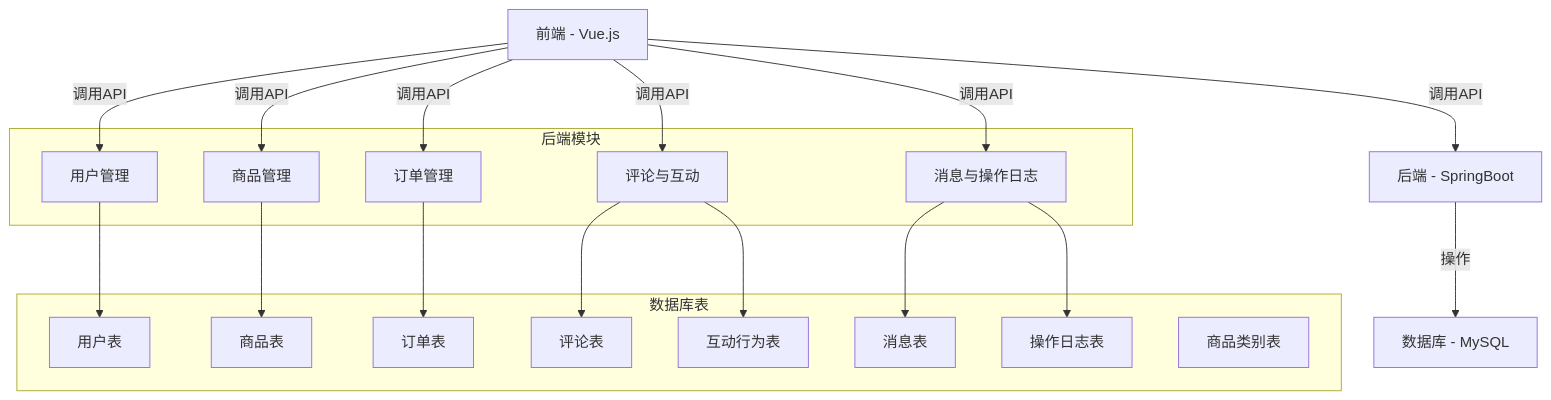
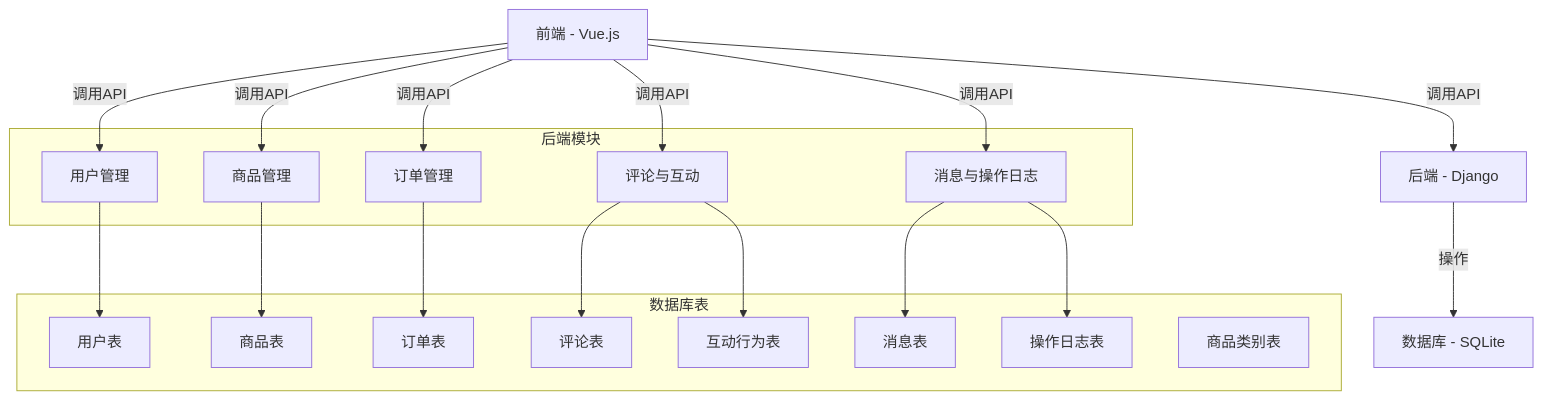
Before and after one commit to qwersab/docs: the first of 3 diagrams in README.md, drawn with Mermaid. The commit also changed other lines of this file, not shown here.

````diff
--- a/README.md
+++ b/README.md
@@ -171,38 +164,38 @@
 ```mermaid
 graph TD
-    A[前端 - Vue.js] -->|调用API| B[后端 - SpringBoot]
-    B -->|操作| C[数据库 - MySQL]
+    A[前端 - Vue.js] -->|调用API| B[后端 - Django]
+    B -->|操作| C[数据库 - SQLite]
 
     subgraph 后端模块
         B1[用户管理]
         B2[商品管理]
         B3[订单管理]
         B4[评论与互动]
         B5[消息与操作日志]
     end
 
     subgraph 数据库表
         D1[用户表]
         D2[商品表]
         D3[订单表]
         D4[评论表]
         D5[互动行为表]
         D6[消息表]
         D7[操作日志表]
         D8[商品类别表]
     end
 
     A -->|调用API| B1
     A -->|调用API| B2
     A -->|调用API| B3
     A -->|调用API| B4
     A -->|调用API| B5
 
     B1 --> D1
     B2 --> D2
     B3 --> D3
     B4 --> D4
     B4 --> D5
     B5 --> D6
     B5 --> D7
 ```
````
